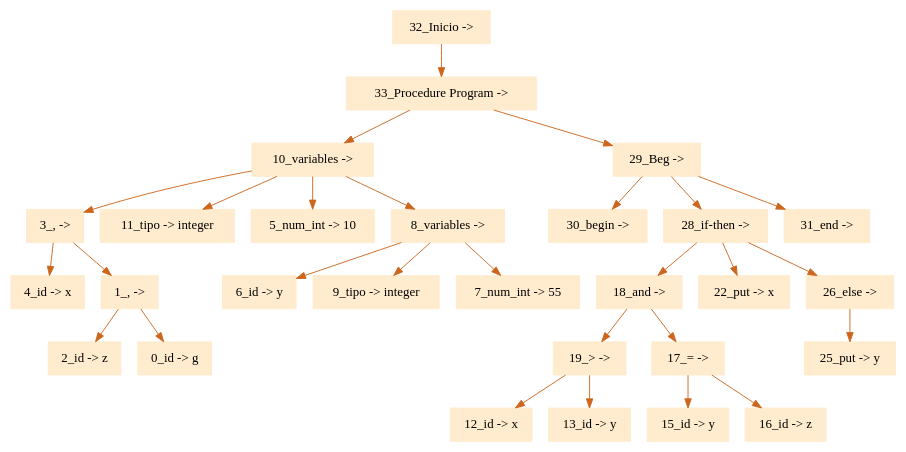
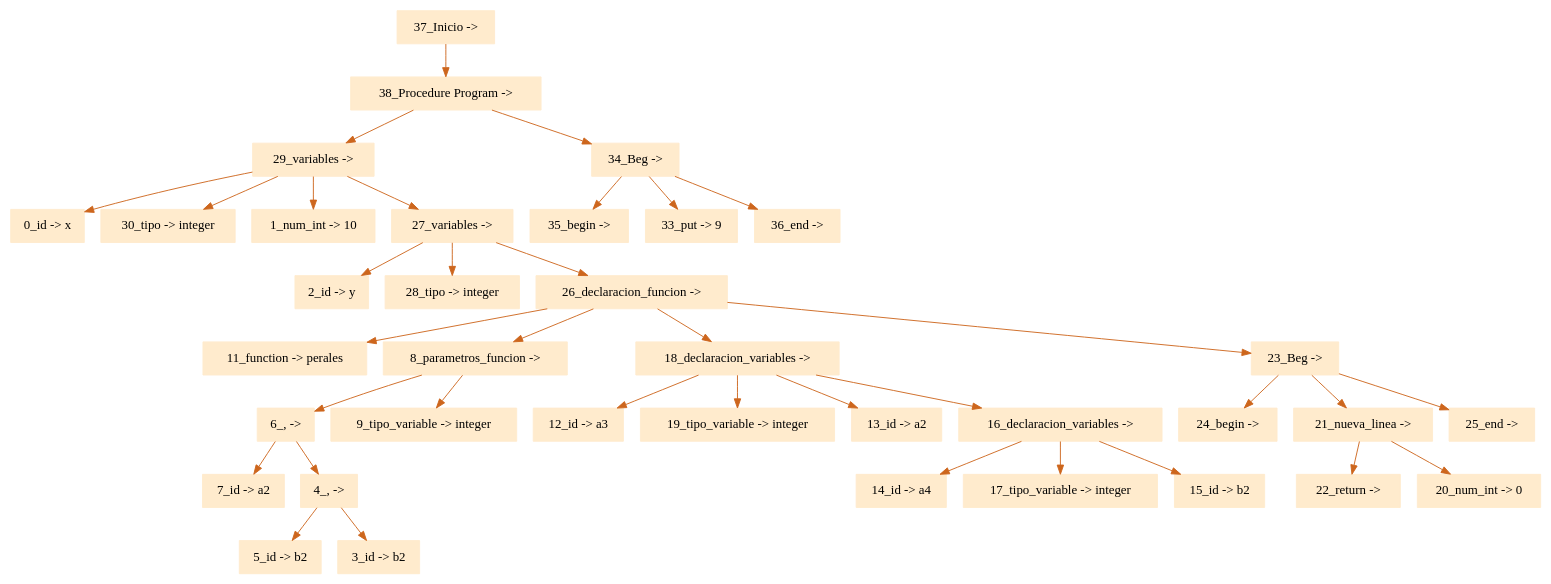
Before and after one commit to eliasgz97/Proyecto_Compiladores: the diagram in ProyectoCompiladores/arbol.dot, drawn with Graphviz. The commit also changed 8 other files, not shown here.

```diff
--- a/ProyectoCompiladores/arbol.dot
+++ b/ProyectoCompiladores/arbol.dot
@@ -1,32 +1,40 @@
 digraph G {node[shape=box, style=filled, color=blanchedalmond]; edge[color=chocolate3];rankdir=UD 
 
-"32_Inicio -> "->"33_Procedure Program -> "
-"33_Procedure Program -> "->"10_variables -> "
-"10_variables -> "->"3_, -> "
-"3_, -> "->"4_id -> x"
-"3_, -> "->"1_, -> "
-"1_, -> "->"2_id -> z"
-"1_, -> "->"0_id -> g"
-"10_variables -> "->"11_tipo -> integer"
-"10_variables -> "->"5_num_int -> 10"
-"10_variables -> "->"8_variables -> "
-"8_variables -> "->"6_id -> y"
-"8_variables -> "->"9_tipo -> integer"
-"8_variables -> "->"7_num_int -> 55"
-"33_Procedure Program -> "->"29_Beg -> "
-"29_Beg -> "->"30_begin -> "
-"29_Beg -> "->"28_if-then -> "
-"28_if-then -> "->"18_and -> "
-"18_and -> "->"19_> -> "
-"19_> -> "->"12_id -> x"
-"19_> -> "->"13_id -> y"
-"18_and -> "->"17_= -> "
-"17_= -> "->"15_id -> y"
-"17_= -> "->"16_id -> z"
-"28_if-then -> "->"22_put -> x"
-"28_if-then -> "->"26_else -> "
-"26_else -> "->"25_put -> y"
-"29_Beg -> "->"31_end -> "
+"37_Inicio -> "->"38_Procedure Program -> "
+"38_Procedure Program -> "->"29_variables -> "
+"29_variables -> "->"0_id -> x"
+"29_variables -> "->"30_tipo -> integer"
+"29_variables -> "->"1_num_int -> 10"
+"29_variables -> "->"27_variables -> "
+"27_variables -> "->"2_id -> y"
+"27_variables -> "->"28_tipo -> integer"
+"27_variables -> "->"26_declaracion_funcion -> "
+"26_declaracion_funcion -> "->"11_function -> perales"
+"26_declaracion_funcion -> "->"8_parametros_funcion -> "
+"8_parametros_funcion -> "->"6_, -> "
+"6_, -> "->"7_id -> a2"
+"6_, -> "->"4_, -> "
+"4_, -> "->"5_id -> b2"
+"4_, -> "->"3_id -> b2"
+"8_parametros_funcion -> "->"9_tipo_variable -> integer"
+"26_declaracion_funcion -> "->"18_declaracion_variables -> "
+"18_declaracion_variables -> "->"12_id -> a3"
+"18_declaracion_variables -> "->"19_tipo_variable -> integer"
+"18_declaracion_variables -> "->"13_id -> a2"
+"18_declaracion_variables -> "->"16_declaracion_variables -> "
+"16_declaracion_variables -> "->"14_id -> a4"
+"16_declaracion_variables -> "->"17_tipo_variable -> integer"
+"16_declaracion_variables -> "->"15_id -> b2"
+"26_declaracion_funcion -> "->"23_Beg -> "
+"23_Beg -> "->"24_begin -> "
+"23_Beg -> "->"21_nueva_linea -> "
+"21_nueva_linea -> "->"22_return -> "
+"21_nueva_linea -> "->"20_num_int -> 0"
+"23_Beg -> "->"25_end -> "
+"38_Procedure Program -> "->"34_Beg -> "
+"34_Beg -> "->"35_begin -> "
+"34_Beg -> "->"33_put -> 9"
+"34_Beg -> "->"36_end -> "
 
 
 }
```
